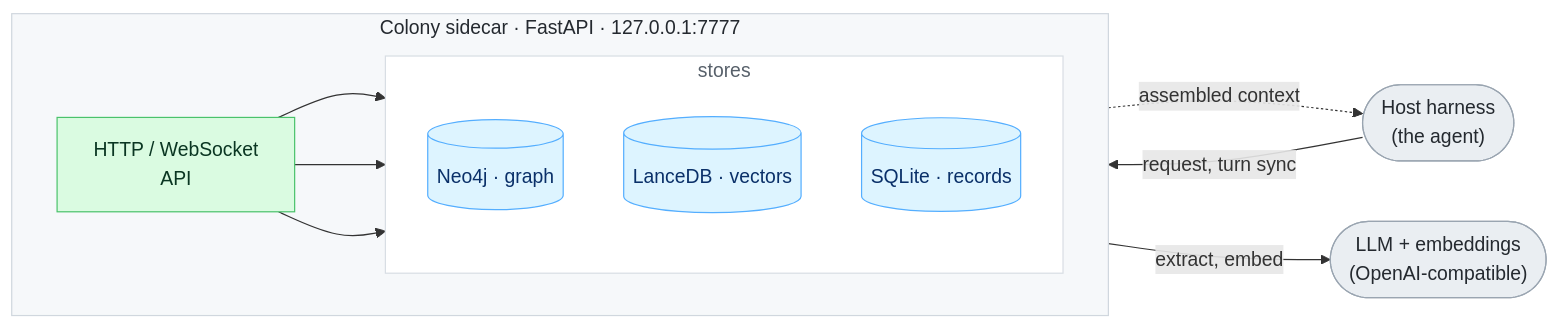
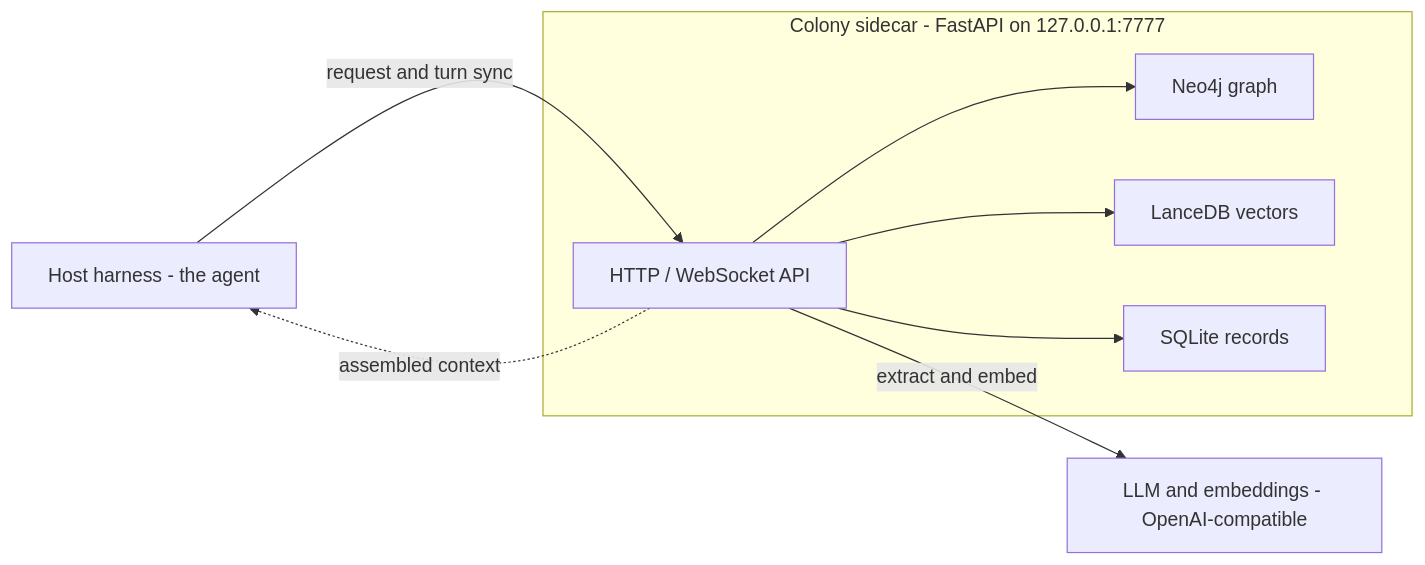
The diagram in README.md (Aevonix/ColonyAI), drawn with Mermaid before and after one commit. The commit also changed 5 other files, not shown here.

````diff
--- a/README.md
+++ b/README.md
@@ -161,32 +161,19 @@
 ```mermaid
 flowchart LR
-    agent(["Host harness<br/>(the agent)"])
-    models(["LLM + embeddings<br/>(OpenAI-compatible)"])
+    agent["Host harness - the agent"]
+    models["LLM and embeddings - OpenAI-compatible"]
 
-    subgraph colony["Colony sidecar · FastAPI · 127.0.0.1:7777"]
-        direction LR
-        api["HTTP / WebSocket<br/>API"]
-        subgraph stores["stores"]
-            direction TB
-            neo[("Neo4j · graph")]
-            lance[("LanceDB · vectors")]
-            sqlite[("SQLite · records")]
-        end
+    subgraph colony["Colony sidecar - FastAPI on 127.0.0.1:7777"]
+        api["HTTP / WebSocket API"]
+        neo["Neo4j graph"]
+        lance["LanceDB vectors"]
+        sqlite["SQLite records"]
         api --> neo
         api --> lance
         api --> sqlite
     end
 
-    agent -->|"request, turn sync"| api
-    api -.->|"assembled context"| agent
-    api -->|"extract, embed"| models
-
-    style colony fill:#f6f8fa,stroke:#d0d7de,color:#24292f
-    style stores fill:#ffffff,stroke:#d8dee4,color:#57606a
-    classDef store fill:#ddf4ff,stroke:#54aeff,color:#0a3069
-    classDef ext fill:#eaeef2,stroke:#9aa5b1,color:#24292f
-    classDef apinode fill:#dafbe1,stroke:#4ac26b,color:#0a3622
-    class neo,lance,sqlite store
-    class agent,models ext
-    class api apinode
+    agent -->|request and turn sync| api
+    api -.->|assembled context| agent
+    api -->|extract and embed| models
 ```
````
